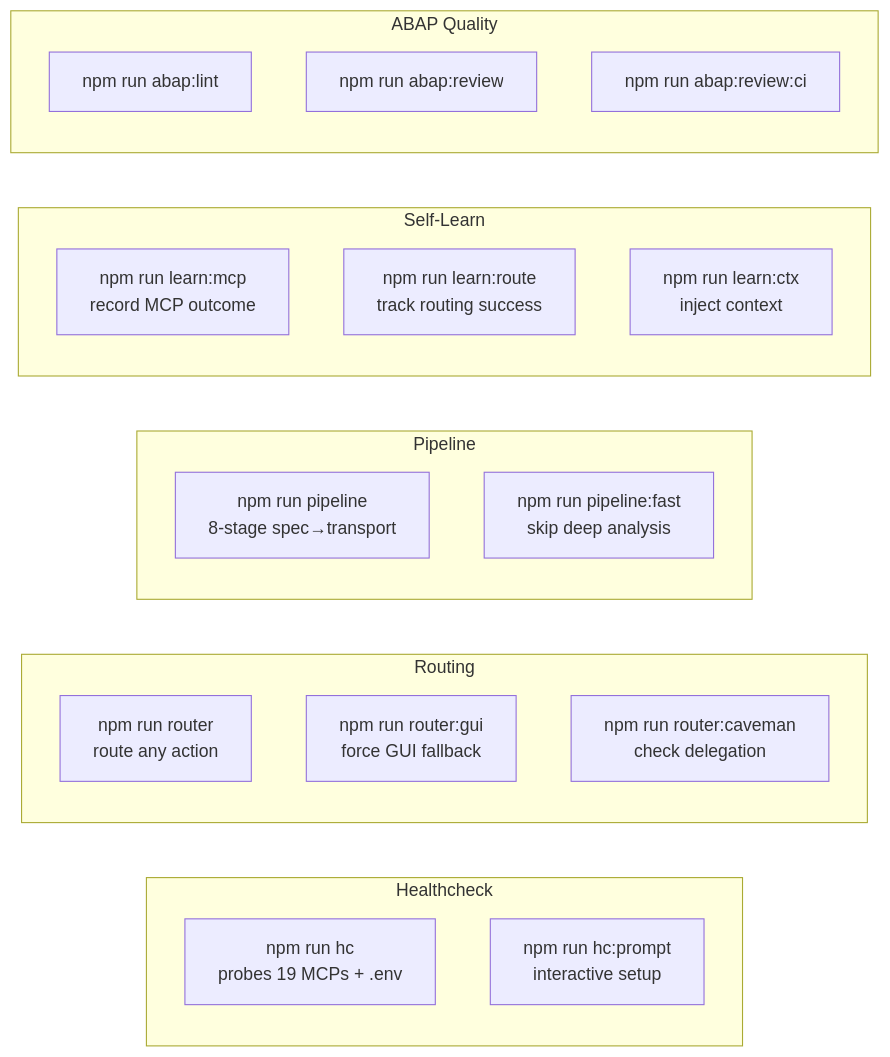
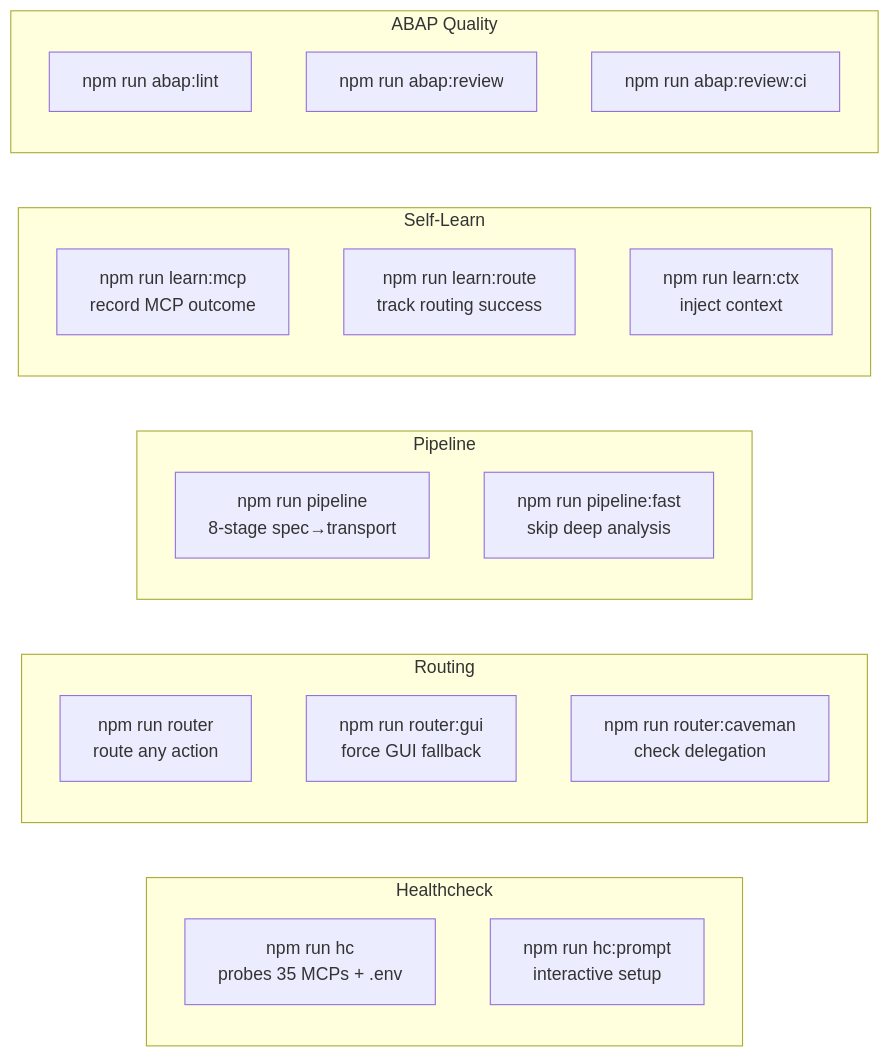
Before and after one commit to williamcorrea23/sap-router-skill: the third of 8 diagrams in README.md, drawn with Mermaid. The commit also changed other lines of this file and 10 other files, not shown here.

````diff
--- a/README.md
+++ b/README.md
@@ -147,26 +147,26 @@
 ```mermaid
 flowchart LR
     subgraph Health["Healthcheck"]
-        HC["npm run hc<br/>probes 19 MCPs + .env"]
+        HC["npm run hc<br/>probes 35 MCPs + .env"]
         HCP["npm run hc:prompt<br/>interactive setup"]
     end
     subgraph Routes["Routing"]
         RT["npm run router<br/>route any action"]
         RG["npm run router:gui<br/>force GUI fallback"]
         RC["npm run router:caveman<br/>check delegation"]
     end
     subgraph Pipeline["Pipeline"]
         PL["npm run pipeline<br/>8-stage spec→transport"]
         PF["npm run pipeline:fast<br/>skip deep analysis"]
     end
     subgraph SelfLearn["Self-Learn"]
         LM["npm run learn:mcp<br/>record MCP outcome"]
         LR["npm run learn:route<br/>track routing success"]
         LC["npm run learn:ctx<br/>inject context"]
     end
     subgraph Lint["ABAP Quality"]
         AL["npm run abap:lint"]
         AR["npm run abap:review"]
         AC["npm run abap:review:ci"]
     end
 ```
````
